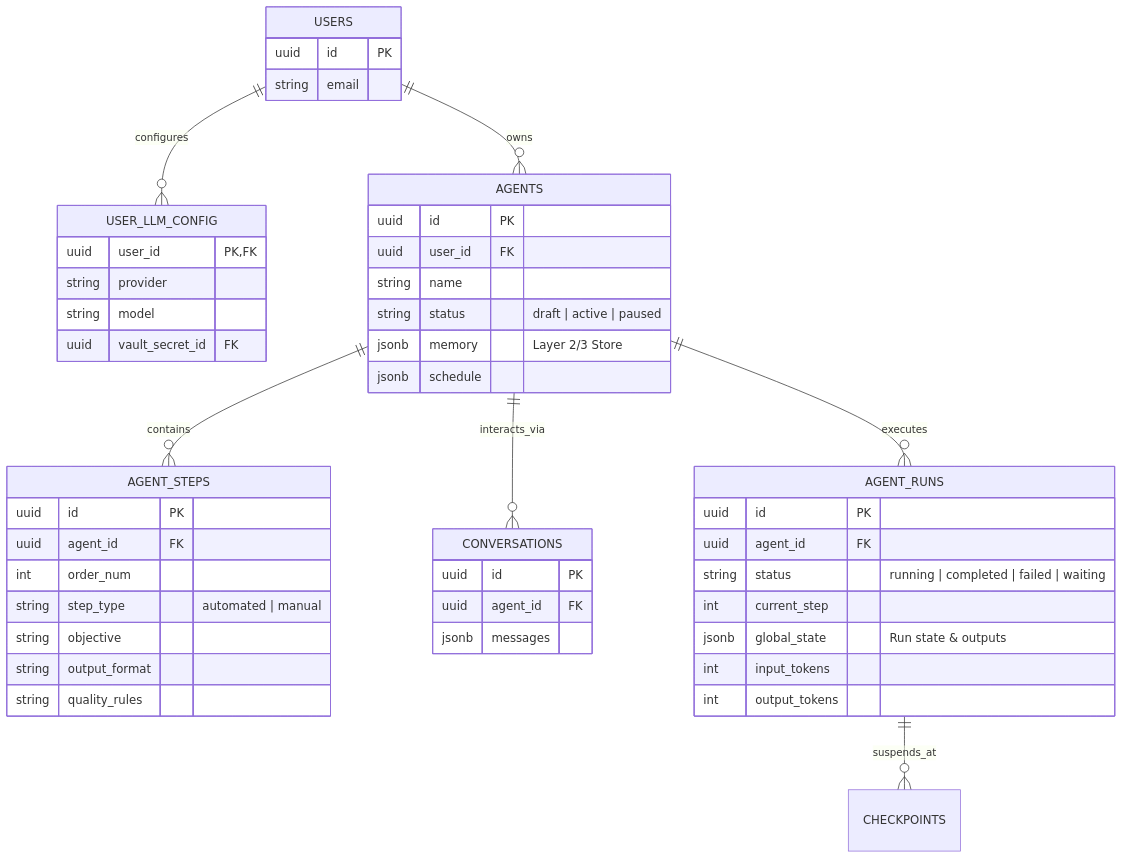
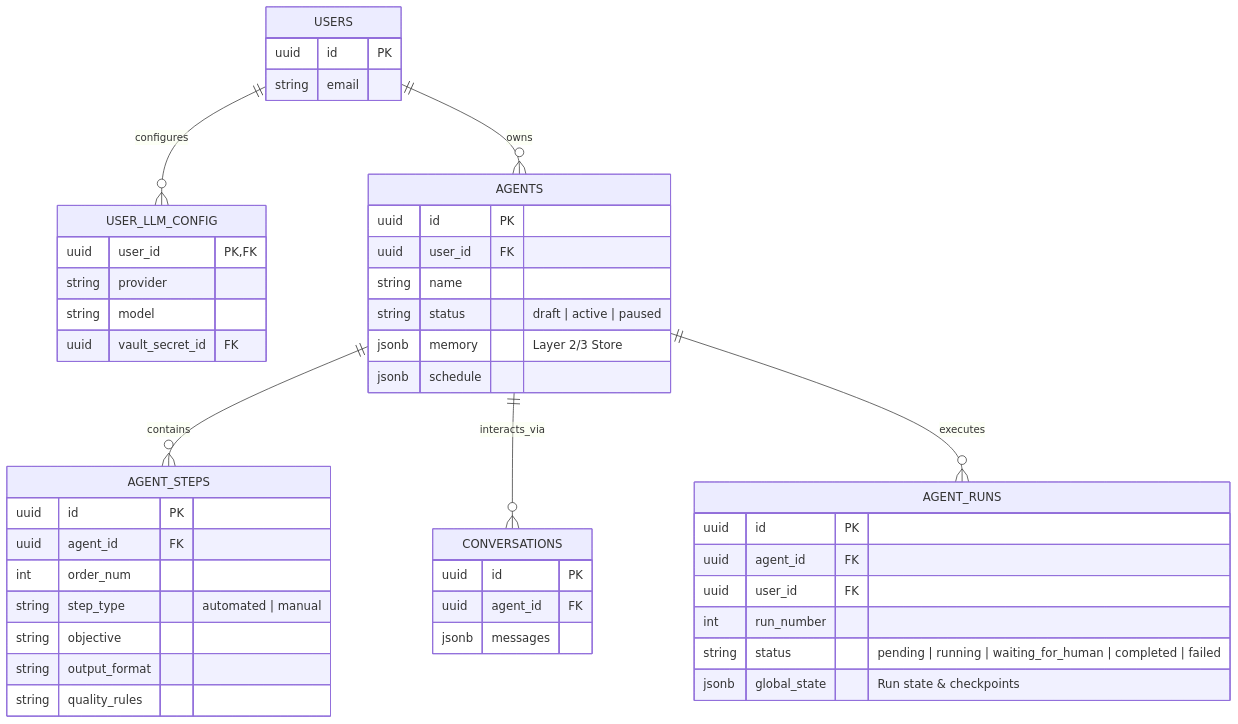
The second of 2 diagrams in SOT/codebase_graph.md (Shivansh4497/Foreman), drawn with Mermaid before and after one commit. The commit also changed other lines of this file and 6 other files, not shown here.

````diff
--- a/SOT/codebase_graph.md
+++ b/SOT/codebase_graph.md
@@ -70,58 +106,55 @@
 ```mermaid
 erDiagram
     USERS ||--o{ USER_LLM_CONFIG : configures
     USERS ||--o{ AGENTS : owns
     
     AGENTS ||--o{ AGENT_STEPS : contains
     AGENTS ||--o{ CONVERSATIONS : interacts_via
     AGENTS ||--o{ AGENT_RUNS : executes
-    
-    AGENT_RUNS ||--o{ CHECKPOINTS : suspends_at
 
     USERS {
         uuid id PK
         string email
     }
     
     USER_LLM_CONFIG {
         uuid user_id PK,FK
         string provider
         string model
         uuid vault_secret_id FK
     }
     
     AGENTS {
         uuid id PK
         uuid user_id FK
         string name
         string status "draft | active | paused"
         jsonb memory "Layer 2/3 Store"
         jsonb schedule
     }
     
     AGENT_STEPS {
         uuid id PK
         uuid agent_id FK
         int order_num
         string step_type "automated | manual"
         string objective
         string output_format
         string quality_rules
     }
     
     CONVERSATIONS {
         uuid id PK
         uuid agent_id FK
         jsonb messages
     }
     
     AGENT_RUNS {
         uuid id PK
         uuid agent_id FK
-        string status "running | completed | failed | waiting"
-        int current_step
-        jsonb global_state "Run state & outputs"
-        int input_tokens
-        int output_tokens
+        uuid user_id FK
+        int run_number
+        string status "pending | running | waiting_for_human | completed | failed"
+        jsonb global_state "Run state & checkpoints"
     }
 ```
````
